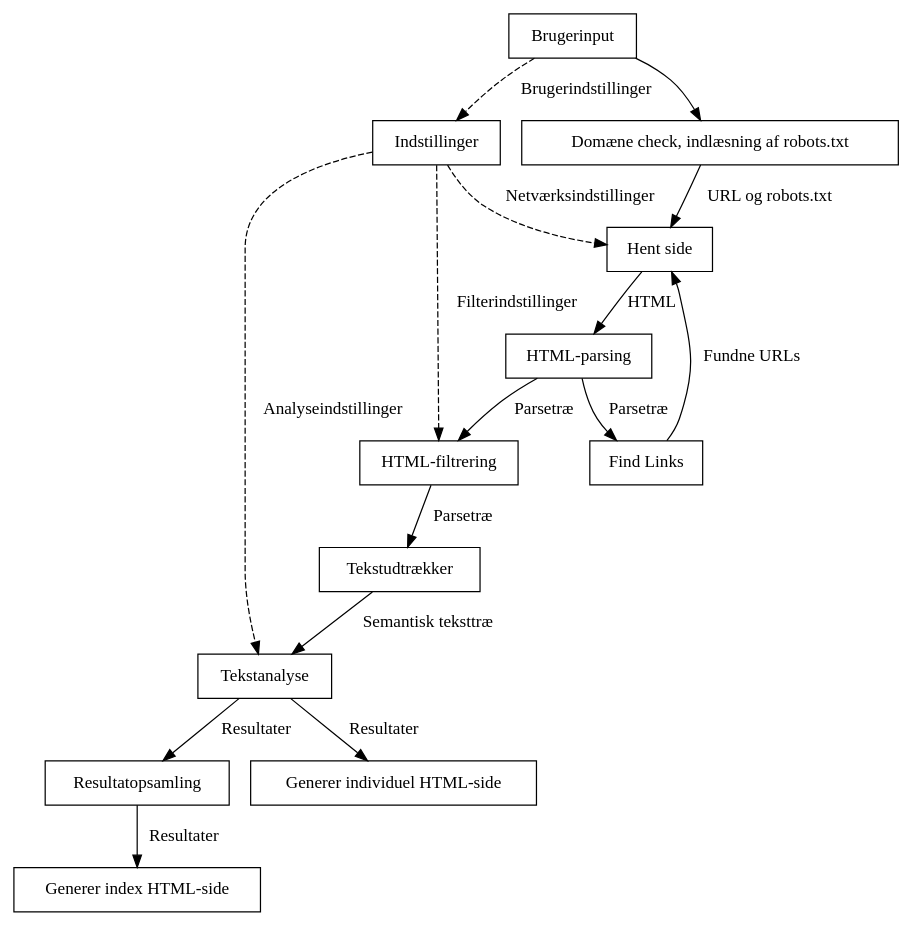
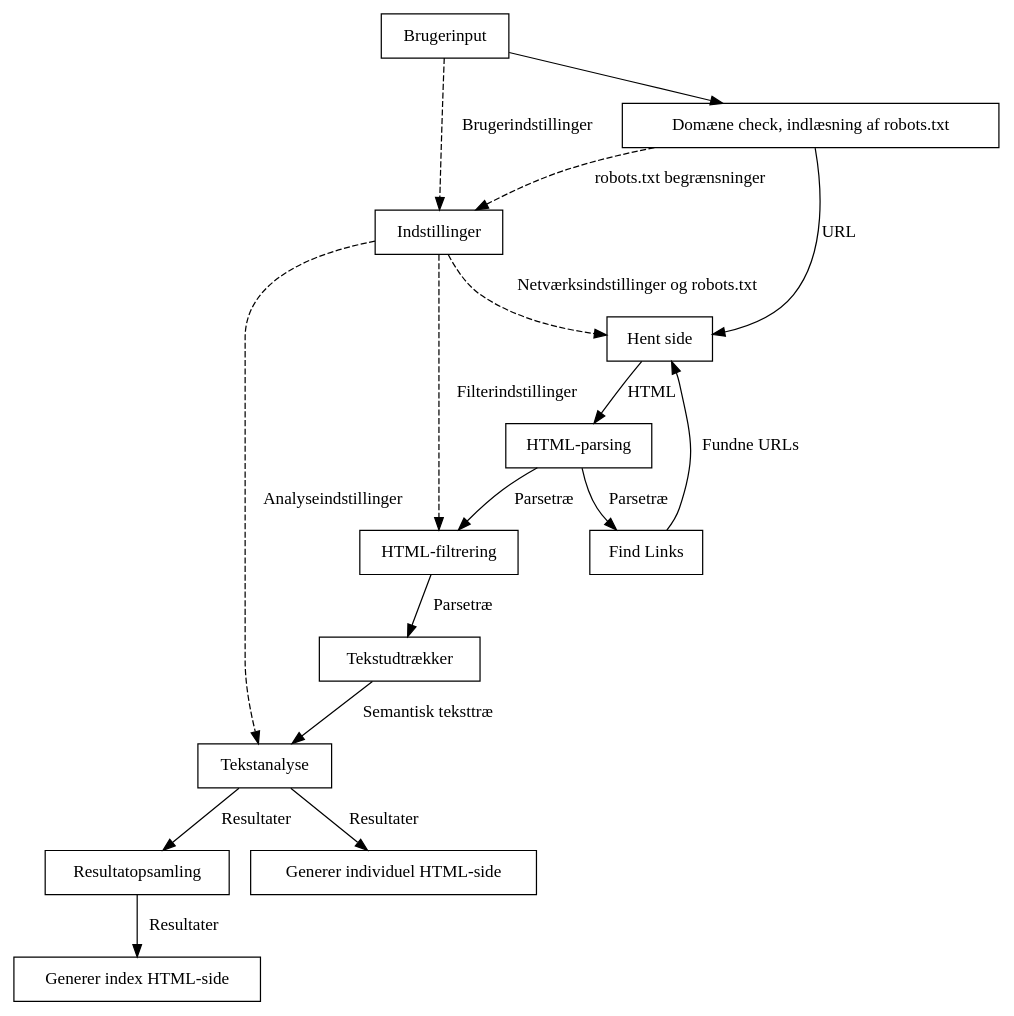
The diagram in rapport/endeligtdesign.dot (athas/webanalyzer), drawn with Graphviz before and after one commit.

Commit message:
Fix af design-figur
darcs-hash:20070610142018-c6329-7f95324154c4ab4adc301759bc70ebb80f01d85c.gz

```diff
--- a/rapport/endeligtdesign.dot
+++ b/rapport/endeligtdesign.dot
@@ -1,38 +1,39 @@
 digraph g
 {
 //size="8,11"
 //margin=5
 //rankdir="LR";
 node[shape=box];
 //edge[arrowsize=0.7, len=0.7]
 
 Brugerinput[label="Brugerinput"];
 Indstillinger[label="Indstillinger"];
 ParseSide[label="HTML-parsing"];
 HentSide[label="Hent side"];
 FindLinks[label="Find Links"];
 afHTMLificering[label="Tekstudtrækker"];
 Tekstanalyse[label="Tekstanalyse"]
 HTMLFilter[label="HTML-filtrering"]
 DomCheck[label="Domæne check, indlæsning af robots.txt"]
 Brugerinput -> DomCheck
-DomCheck -> HentSide [label="URL og robots.txt"];
+DomCheck -> HentSide [label="URL"];
+DomCheck -> Indstillinger [label="robots.txt begrænsninger", style=dashed];
 Brugerinput -> Indstillinger [label="Brugerindstillinger", style=dashed];
 
 Indstillinger -> Tekstanalyse [label="Analyseindstillinger", style=dashed];
-Indstillinger -> HentSide [label="Netværksindstillinger", style=dashed];
+Indstillinger -> HentSide [label="Netværksindstillinger og robots.txt", style=dashed];
 Indstillinger -> HTMLFilter [label="Filterindstillinger", style=dashed];
 
 FindLinks -> HentSide [label="Fundne URLs"]
 
 HentSide -> ParseSide [label="HTML"];
 
 
 ParseSide -> HTMLFilter -> afHTMLificering [label="Parsetræ"];
 ParseSide -> FindLinks [label="Parsetræ"]
 
 afHTMLificering -> Tekstanalyse [label="Semantisk teksttræ"];
 Tekstanalyse -> "Resultatopsamling" -> "Generer index HTML-side" [label="Resultater"]
 Tekstanalyse -> "Generer individuel HTML-side" [label="Resultater"]
 
 }
```
